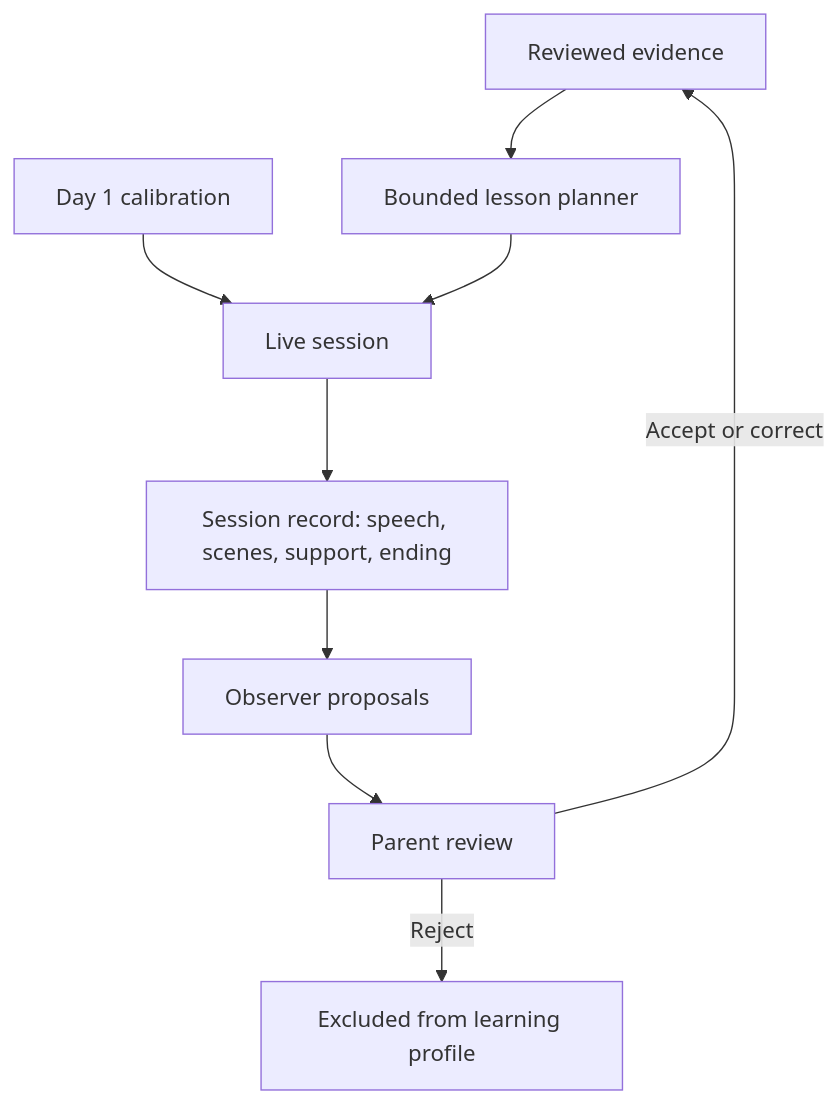
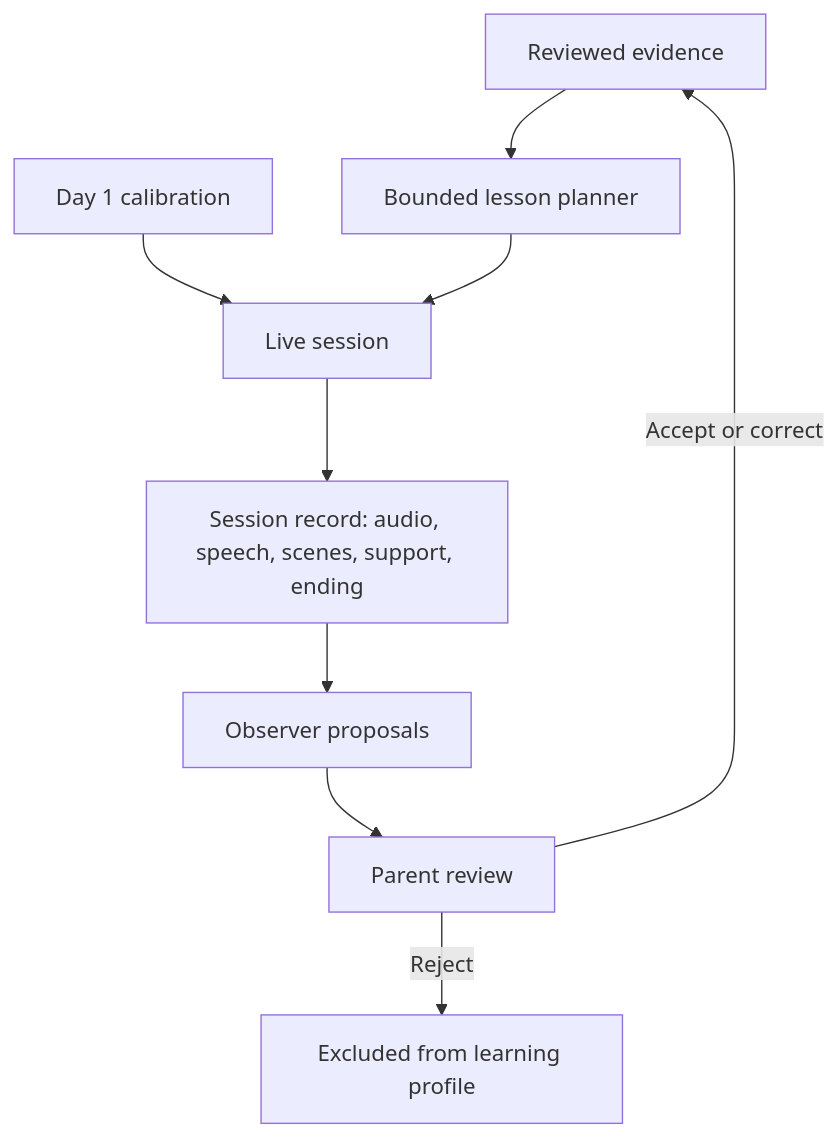
The diagram in docs/architecture.md (hurley87/sprout), drawn with Mermaid before and after one commit. The commit also changed other lines of this file and 3 other files, not shown here.

````diff
--- a/docs/architecture.md
+++ b/docs/architecture.md
@@ -21,11 +21,11 @@
 ```mermaid
 flowchart TD
     P[Reviewed evidence] --> L[Bounded lesson planner]
     C[Day 1 calibration] --> S[Live session]
     L --> S
-    S --> R[Session record: speech, scenes, support, ending]
+    S --> R[Session record: audio, speech, scenes, support, ending]
     R --> O[Observer proposals]
     O --> V[Parent review]
     V -->|Accept or correct| P
     V -->|Reject| X[Excluded from learning profile]
 ```
````
